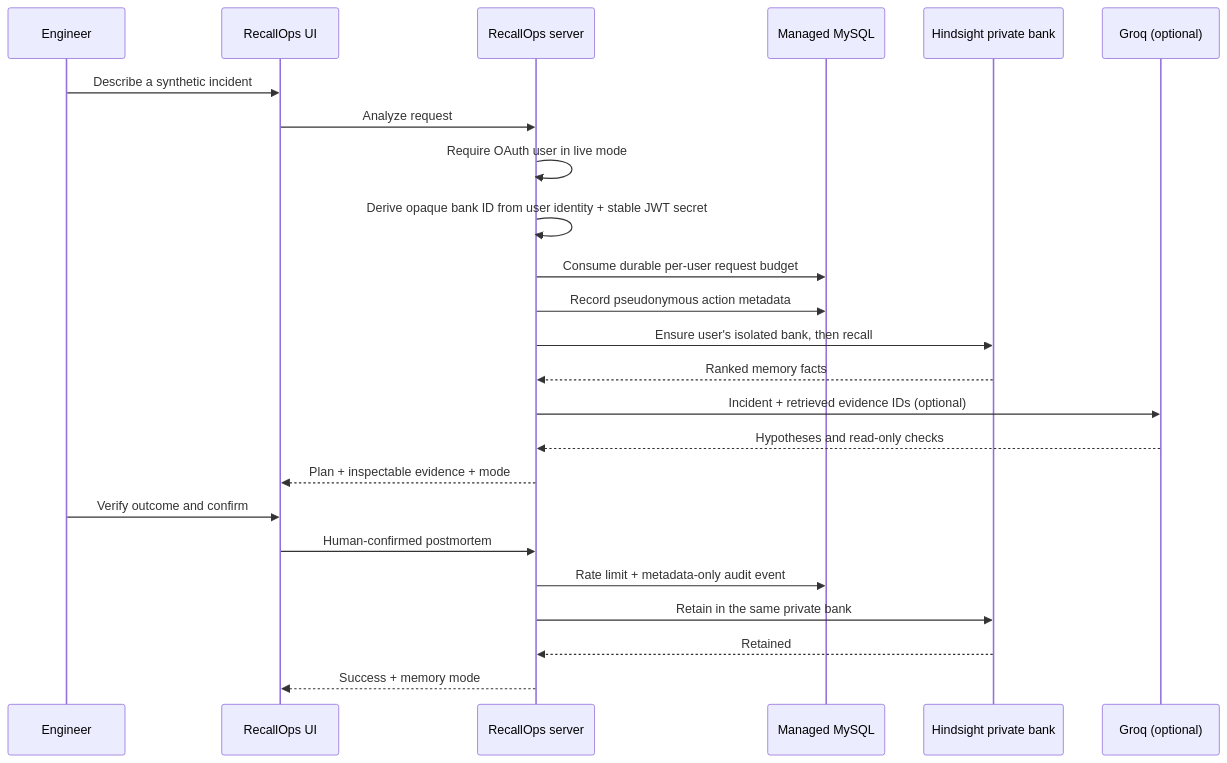
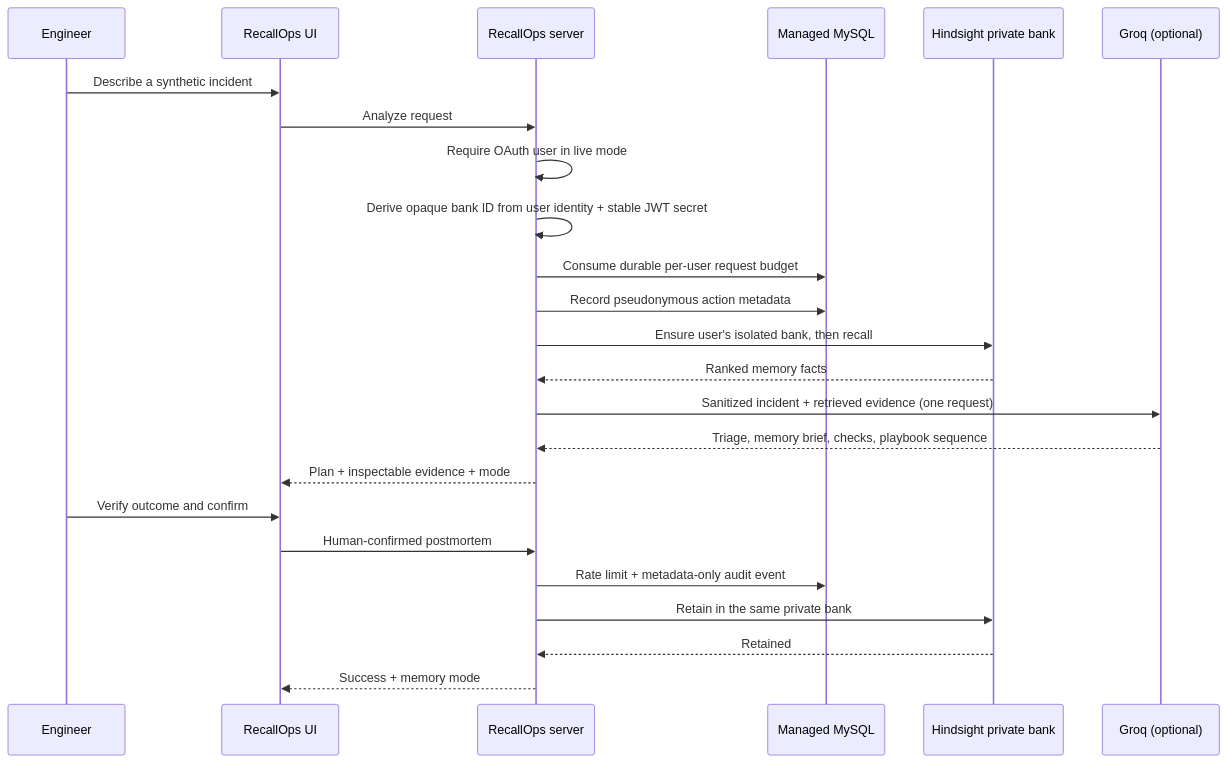
The diagram in docs/ARCHITECTURE.md (sungjenwoo/RecallOps-manus), drawn with Mermaid before and after one commit. The commit also changed other lines of this file and 9 other files, not shown here.

````diff
--- a/docs/ARCHITECTURE.md
+++ b/docs/ARCHITECTURE.md
@@ -5,26 +5,26 @@
 ```mermaid
 sequenceDiagram
   participant E as Engineer
   participant UI as RecallOps UI
   participant S as RecallOps server
   participant D as Managed MySQL
   participant H as Hindsight private bank
   participant G as Groq (optional)
   E->>UI: Describe a synthetic incident
   UI->>S: Analyze request
   S->>S: Require OAuth user in live mode
   S->>S: Derive opaque bank ID from user identity + stable JWT secret
   S->>D: Consume durable per-user request budget
   S->>D: Record pseudonymous action metadata
   S->>H: Ensure user's isolated bank, then recall
   H-->>S: Ranked memory facts
-  S->>G: Incident + retrieved evidence IDs (optional)
-  G-->>S: Hypotheses and read-only checks
+  S->>G: Sanitized incident + retrieved evidence (one request)
+  G-->>S: Triage, memory brief, checks, playbook sequence
   S-->>UI: Plan + inspectable evidence + mode
   E->>UI: Verify outcome and confirm
   UI->>S: Human-confirmed postmortem
   S->>D: Rate limit + metadata-only audit event
   S->>H: Retain in the same private bank
   H-->>S: Retained
   S-->>UI: Success + memory mode
 ```
````
